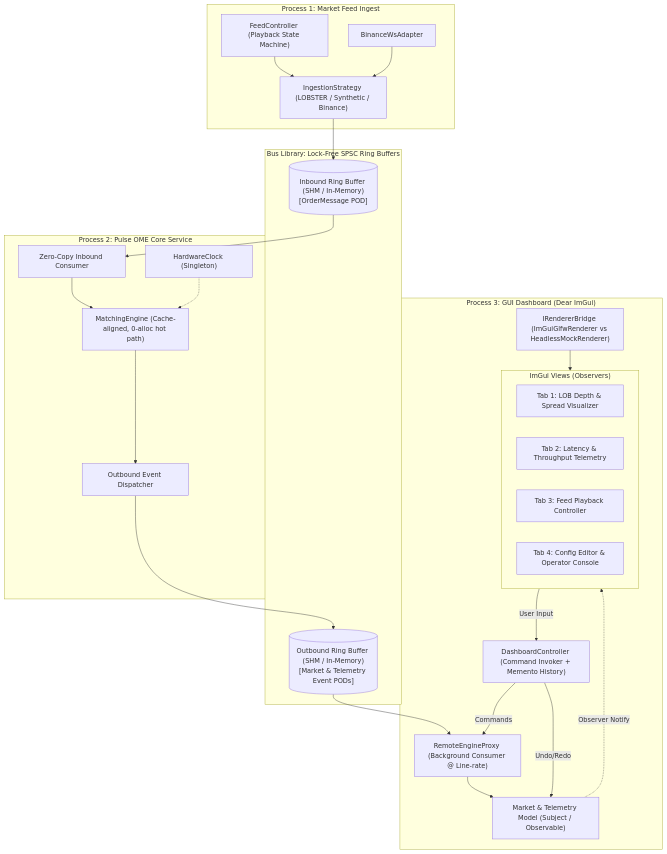
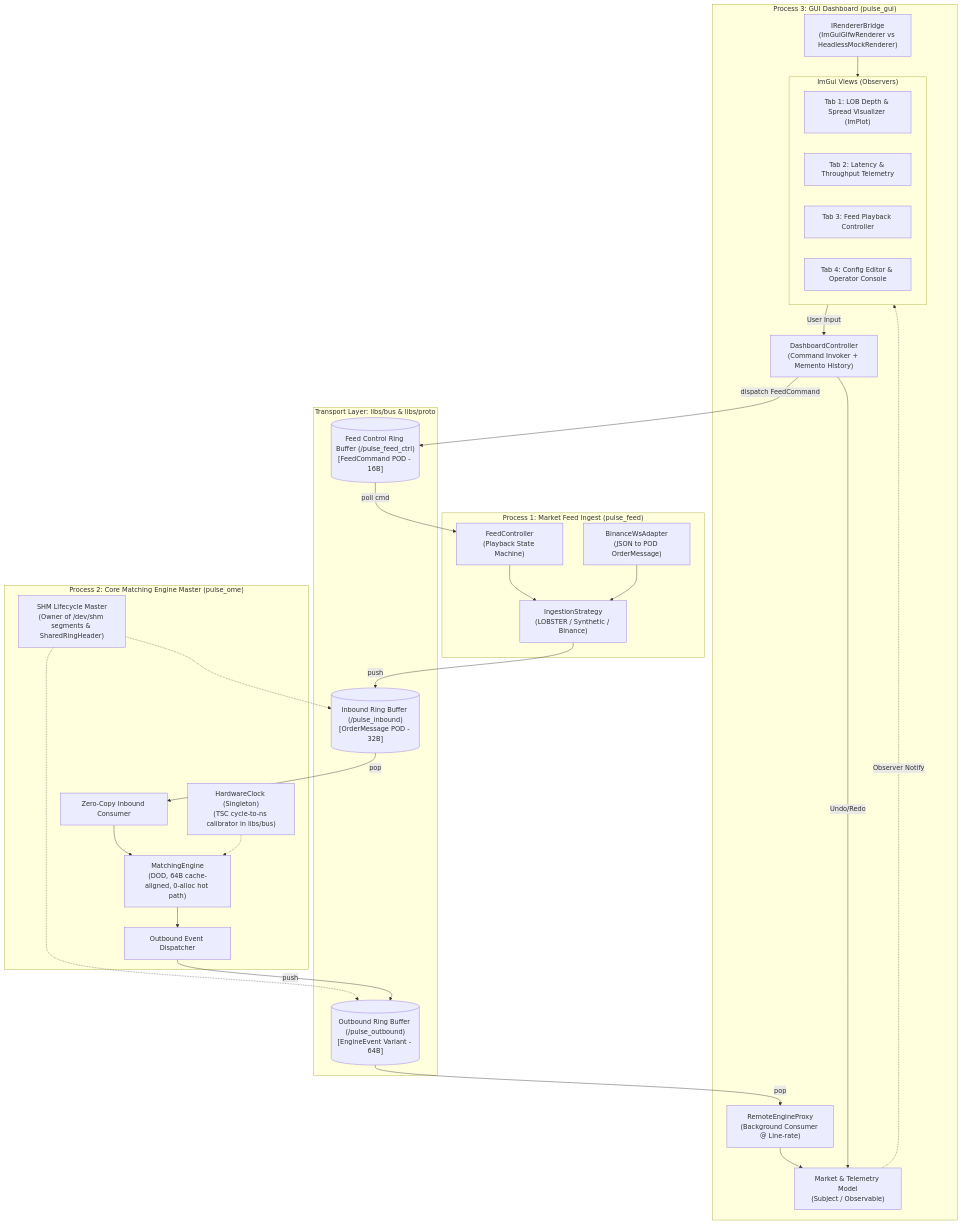
One commit to markesjan/pulse-ome changed the diagram in PLAN.md. Above: the diagram before and after it, drawn with Mermaid. The commit also changed other lines of this file and 13 other files, not shown here.

````diff
--- a/PLAN.md
+++ b/PLAN.md
@@ -11,49 +11,57 @@
 ```mermaid
 flowchart TB
-    subgraph ProcessFeed ["Process 1: Market Feed Ingest"]
-        FeedCtrl["FeedController (Playback State Machine)"]
-        FeedStrat["IngestionStrategy (LOBSTER / Synthetic / Binance)"]
-        BinanceAdapter["BinanceWsAdapter"]
+    subgraph ProcessFeed ["Process 1: Market Feed Ingest (pulse_feed)"]
+        FeedCtrl["FeedController\n(Playback State Machine)"]
+        FeedStrat["IngestionStrategy\n(LOBSTER / Synthetic / Binance)"]
+        BinanceAdapter["BinanceWsAdapter\n(JSON to POD OrderMessage)"]
+        FeedCtrl --> FeedStrat
+        BinanceAdapter --> FeedStrat
     end
 
-    subgraph BusLibrary ["Bus Library: Lock-Free SPSC Ring Buffers"]
-        InRing[("Inbound Ring Buffer (SHM / In-Memory)\n[OrderMessage POD]")]
-        OutRing[("Outbound Ring Buffer (SHM / In-Memory)\n[Market & Telemetry Event PODs]")]
+    subgraph BusLibrary ["Transport Layer: libs/bus & libs/proto"]
+        InRing[("Inbound Ring Buffer (/pulse_inbound)\n[OrderMessage POD - 32B]")]
+        OutRing[("Outbound Ring Buffer (/pulse_outbound)\n[EngineEvent Variant - 64B]")]
+        CtrlRing[("Feed Control Ring Buffer (/pulse_feed_ctrl)\n[FeedCommand POD - 16B]")]
     end
 
-    subgraph ProcessOME ["Process 2: Pulse OME Core Service"]
+    subgraph ProcessOME ["Process 2: Core Matching Engine Master (pulse_ome)"]
+        ShmMaster["SHM Lifecycle Master\n(Owner of /dev/shm segments & SharedRingHeader)"]
         CoreReader["Zero-Copy Inbound Consumer"]
-        Engine["MatchingEngine (Cache-aligned, 0-alloc hot path)"]
-        HwClock["HardwareClock (Singleton)"]
+        Engine["MatchingEngine\n(DOD, 64B cache-aligned, 0-alloc hot path)"]
+        HwClock["HardwareClock (Singleton)\n(TSC cycle-to-ns calibrator in libs/bus)"]
         CorePublisher["Outbound Event Dispatcher"]
+
+        ShmMaster -.-> InRing
+        ShmMaster -.-> OutRing
+        CoreReader --> Engine --> CorePublisher
+        HwClock -.-> Engine
     end
 
-    subgraph ProcessGUI ["Process 3: GUI Dashboard (Dear ImGui)"]
-        RemoteProxy["RemoteEngineProxy (Background Consumer @ Line-rate)"]
-        LocalModel["Market & Telemetry Model (Subject / Observable)"]
-        GuiCtrl["DashboardController (Command Invoker + Memento History)"]
-        Bridge["IRendererBridge (ImGuiGlfwRenderer vs HeadlessMockRenderer)"]
-        
+    subgraph ProcessGUI ["Process 3: GUI Dashboard (pulse_gui)"]
+        RemoteProxy["RemoteEngineProxy\n(Background Consumer @ Line-rate)"]
+        LocalModel["Market & Telemetry Model\n(Subject / Observable)"]
+        GuiCtrl["DashboardController\n(Command Invoker + Memento History)"]
+        Bridge["IRendererBridge\n(ImGuiGlfwRenderer vs HeadlessMockRenderer)"]
+
         subgraph Tabs ["ImGui Views (Observers)"]
-            Tab1["Tab 1: LOB Depth & Spread Visualizer"]
+            Tab1["Tab 1: LOB Depth & Spread Visualizer (ImPlot)"]
             Tab2["Tab 2: Latency & Throughput Telemetry"]
             Tab3["Tab 3: Feed Playback Controller"]
             Tab4["Tab 4: Config Editor & Operator Console"]
         end
+
+        RemoteProxy --> LocalModel
+        LocalModel -.->|Observer Notify| Tabs
+        Tabs -->|User Input| GuiCtrl
+        GuiCtrl -->|Undo/Redo| LocalModel
+        Bridge --> Tabs
     end
 
-    FeedCtrl --> FeedStrat
-    FeedStrat --> InRing
-    BinanceAdapter --> FeedStrat
-    
-    InRing --> CoreReader --> Engine --> CorePublisher --> OutRing
-    HwClock -.-> Engine
-    
-    OutRing --> RemoteProxy
-    RemoteProxy --> LocalModel
-    LocalModel -.->|Observer Notify| Tabs
-    Tabs -->|User Input| GuiCtrl
-    GuiCtrl -->|Commands| RemoteProxy
-    GuiCtrl -->|Undo/Redo| LocalModel
-    Bridge --> Tabs
+    %% Inter-process communication flows
+    FeedStrat -->|push| InRing
+    InRing -->|pop| CoreReader
+    CorePublisher -->|push| OutRing
+    OutRing -->|pop| RemoteProxy
+    GuiCtrl -->|dispatch FeedCommand| CtrlRing
+    CtrlRing -->|poll cmd| FeedCtrl
 ```
````
